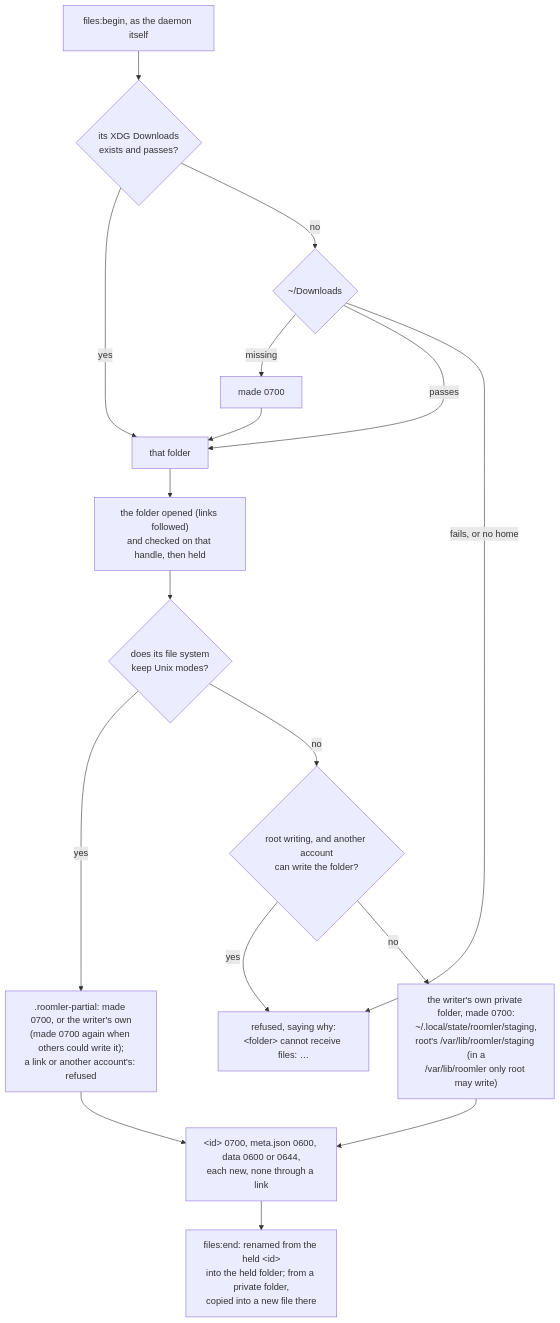
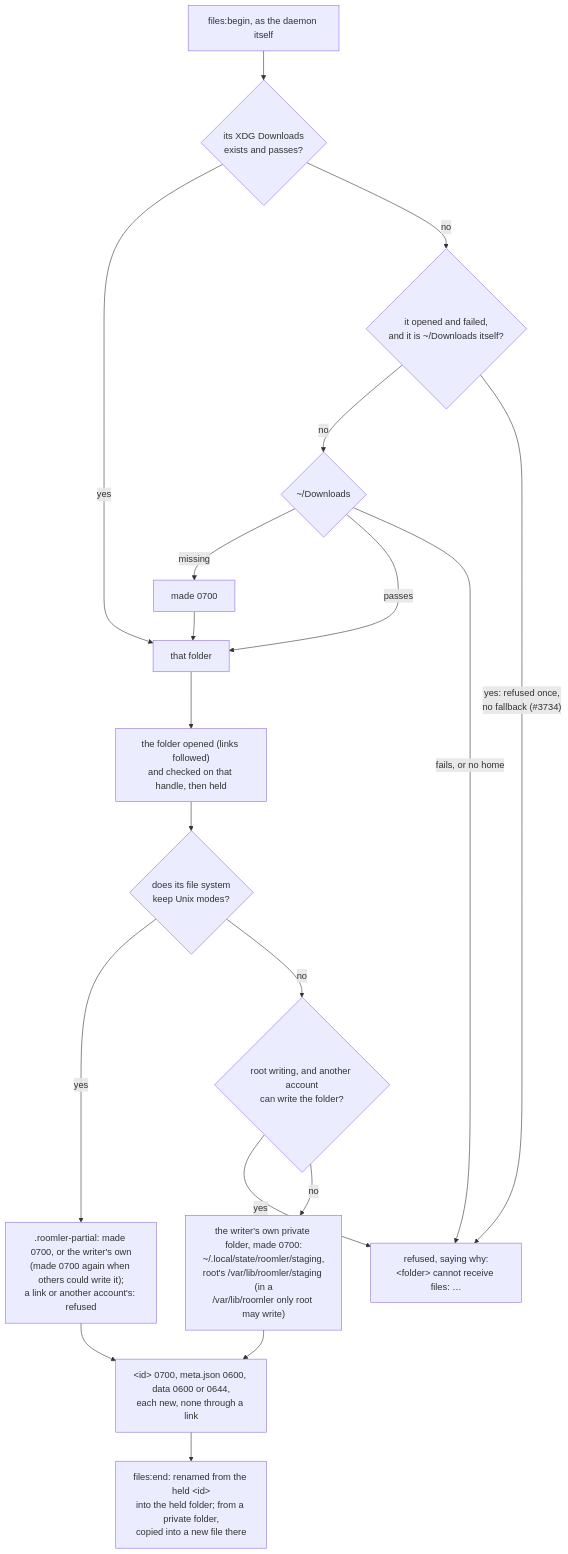
One commit to gjovanov/roomler-ai changed diagram 11 of 21 in docs/desktop-companion.md. Above: the diagram before and after it, drawn with Mermaid. The commit also changed other lines of this file and 2 other files, not shown here.

First line of the commit message:
docs(files): the XDG Downloads that is ~/Downloads itself, and anchors

````diff
--- a/docs/desktop-companion.md
+++ b/docs/desktop-companion.md
@@ -876,18 +876,20 @@
 ```mermaid
 flowchart TD
     B["files:begin, as the daemon itself"] --> X{"its XDG Downloads<br/>exists and passes?"}
     X -- "yes" --> T["that folder"]
-    X -- "no" --> D{"~/Downloads"}
+    X -- "no" --> I{"it opened and failed,<br/>and it is ~/Downloads itself?"}
+    I -- "no" --> D{"~/Downloads"}
     D -- "missing" --> M["made 0700"] --> T
     D -- "passes" --> T
     D -- "fails, or no home" --> R["refused, saying why:<br/>&lt;folder&gt; cannot receive files: …"]
+    I -- "yes: refused once,<br/>no fallback (#3734)" --> R
     T --> H["the folder opened (links followed)<br/>and checked on that handle, then held"]
     H --> K{"does its file system<br/>keep Unix modes?"}
     K -- "yes" --> S[".roomler-partial: made 0700, or the writer's own<br/>(made 0700 again when others could write it);<br/>a link or another account's: refused"]
     K -- "no" --> Q{"root writing, and another account<br/>can write the folder?"}
     Q -- "yes" --> R
     Q -- "no" --> V["the writer's own private folder, made 0700:<br/>~/.local/state/roomler/staging,<br/>root's /var/lib/roomler/staging (in a<br/>/var/lib/roomler only root may write)"]
     S --> P["&lt;id&gt; 0700, meta.json 0600, data 0600 or 0644,<br/>each new, none through a link"]
     V --> P
     P --> E["files:end: renamed from the held &lt;id&gt;<br/>into the held folder; from a private folder,<br/>copied into a new file there"]
 ```
````
